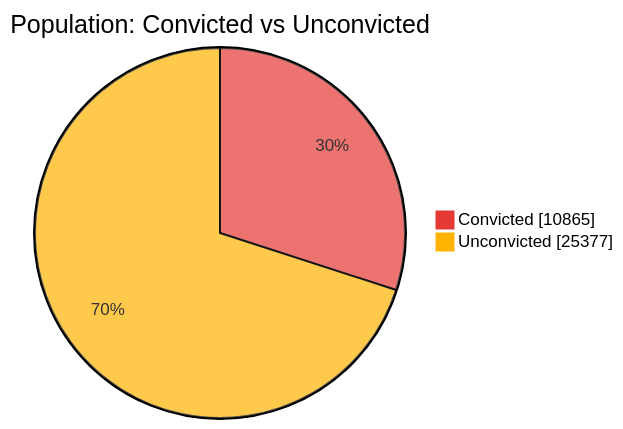
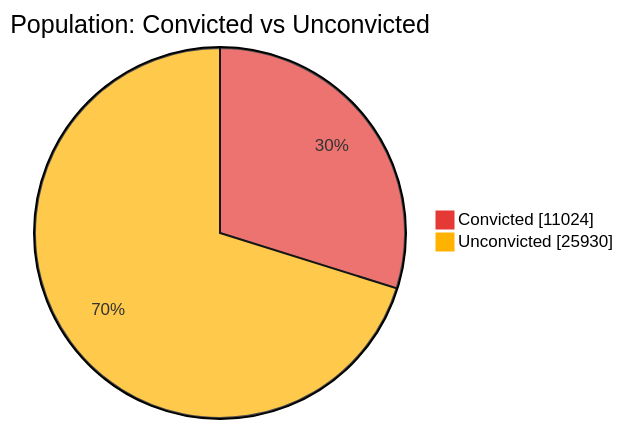
One commit to nuuuwan/lk_prisons changed the first of 7 diagrams in README.md. Above: the diagram before and after it, drawn with Mermaid. The commit also changed other lines of this file and 1 other file, not shown here.

````diff
--- a/README.md
+++ b/README.md
@@ -43,6 +43,6 @@
 ```mermaid
 %%{init: {'themeVariables': {'pie1': '#E53935', 'pie2': '#FFB300'}}}%%
 pie showData title Population: Convicted vs Unconvicted
-    "Convicted" : 10865
-    "Unconvicted" : 25377
+    "Convicted" : 11024
+    "Unconvicted" : 25930
 ```
````
